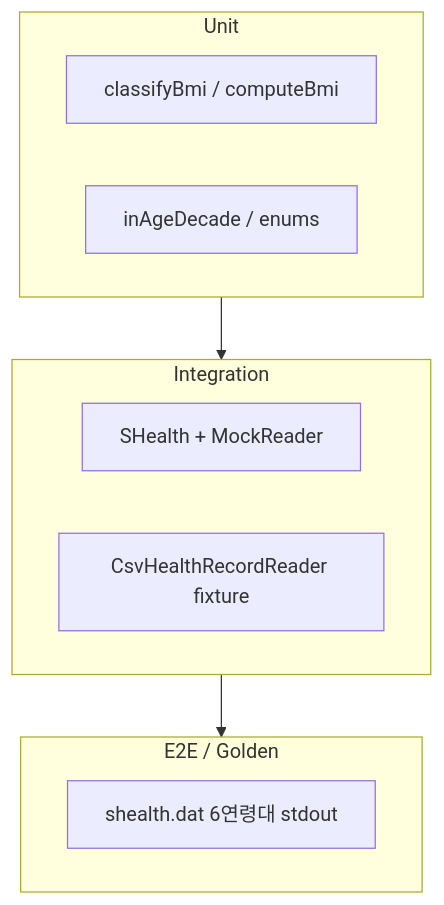
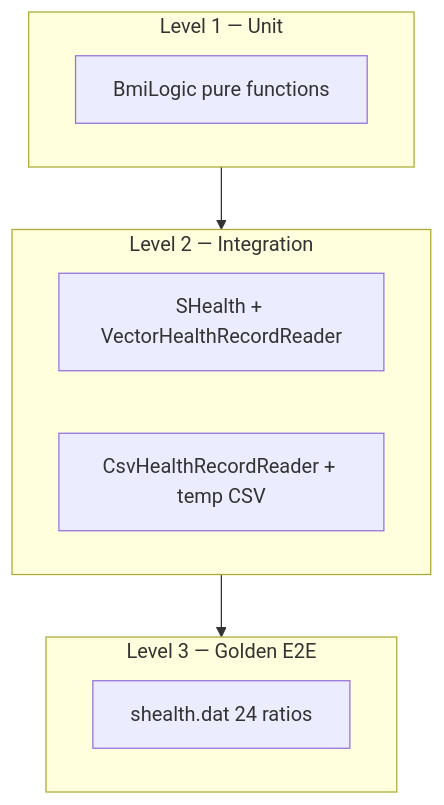
Before and after one commit to jskor013/shealth_bmi_13: the diagram in docs/Test_requirements_analysis_report.md, drawn with Mermaid. The commit also changed other lines of this file and 2 other files, not shown here.

````diff
--- a/docs/Test_requirements_analysis_report.md
+++ b/docs/Test_requirements_analysis_report.md
@@ -201,15 +67,14 @@
 ```mermaid
 flowchart TB
-    subgraph e2e [E2E / Golden]
-        G[shealth.dat 6연령대 stdout]
+    subgraph L3 [Level 3 — Golden E2E]
+        G["shealth.dat 24 ratios"]
     end
-    subgraph integration [Integration]
-        I[SHealth + MockReader]
-        C[CsvHealthRecordReader fixture]
+    subgraph L2 [Level 2 — Integration]
+        I["SHealth + VectorHealthRecordReader"]
+        C["CsvHealthRecordReader + temp CSV"]
     end
-    subgraph unit [Unit]
-        U1[classifyBmi / computeBmi]
-        U2[inAgeDecade / enums]
+    subgraph L1 [Level 1 — Unit]
+        U["BmiLogic pure functions"]
     end
-    unit --> integration --> e2e
+    L1 --> L2 --> L3
 ```
````
